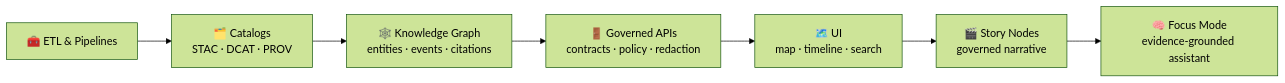
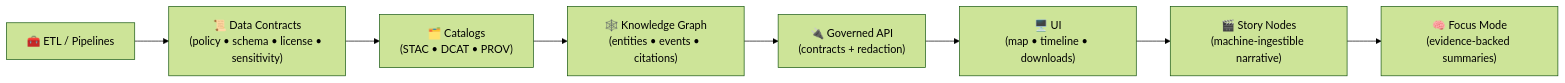
Before and after one commit to bartytime4life/Kansas-Frontier-Matrix: the first of 5 diagrams in web/README.md, drawn with Mermaid (forest theme). The commit also changed other lines of this file, not shown here.

````diff
--- a/web/README.md
+++ b/web/README.md
@@ -168,9 +161,10 @@
 ```mermaid
 flowchart LR
-  A["🧰 ETL & Pipelines"] --> B["🗂️ Catalogs<br/>STAC · DCAT · PROV"]
-  B --> C["🕸️ Knowledge Graph<br/>entities · events · citations"]
-  C --> D["🚪 Governed APIs<br/>contracts · policy · redaction"]
-  D --> E["🗺️ UI<br/>map · timeline · search"]
-  E --> F["🎬 Story Nodes<br/>governed narrative"]
-  F --> G["🧠 Focus Mode<br/>evidence-grounded assistant"]
+  ETL["🧰 ETL / Pipelines"] --> CONTRACTS["📜 Data Contracts<br/>(policy • schema • license • sensitivity)"]
+  CONTRACTS --> CAT["🗂️ Catalogs<br/>(STAC • DCAT • PROV)"]
+  CAT --> GRAPH["🕸️ Knowledge Graph<br/>(entities • events • citations)"]
+  GRAPH --> API["🔌 Governed API<br/>(contracts + redaction)"]
+  API --> UI["🖥️ UI<br/>(map • timeline • downloads)"]
+  UI --> STORY["🎬 Story Nodes<br/>(machine-ingestible narrative)"]
+  STORY --> FOCUS["🧠 Focus Mode<br/>(evidence-backed summaries)"]
 ```
````
